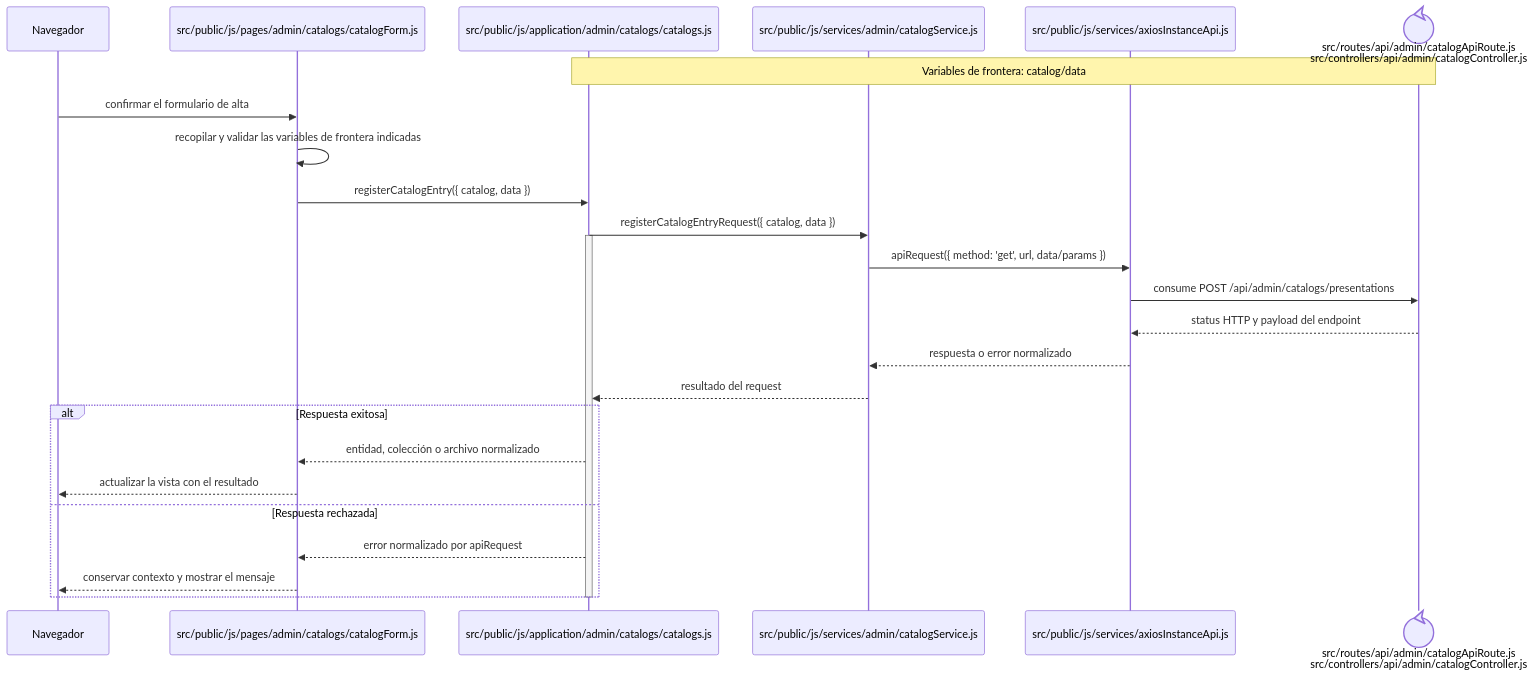
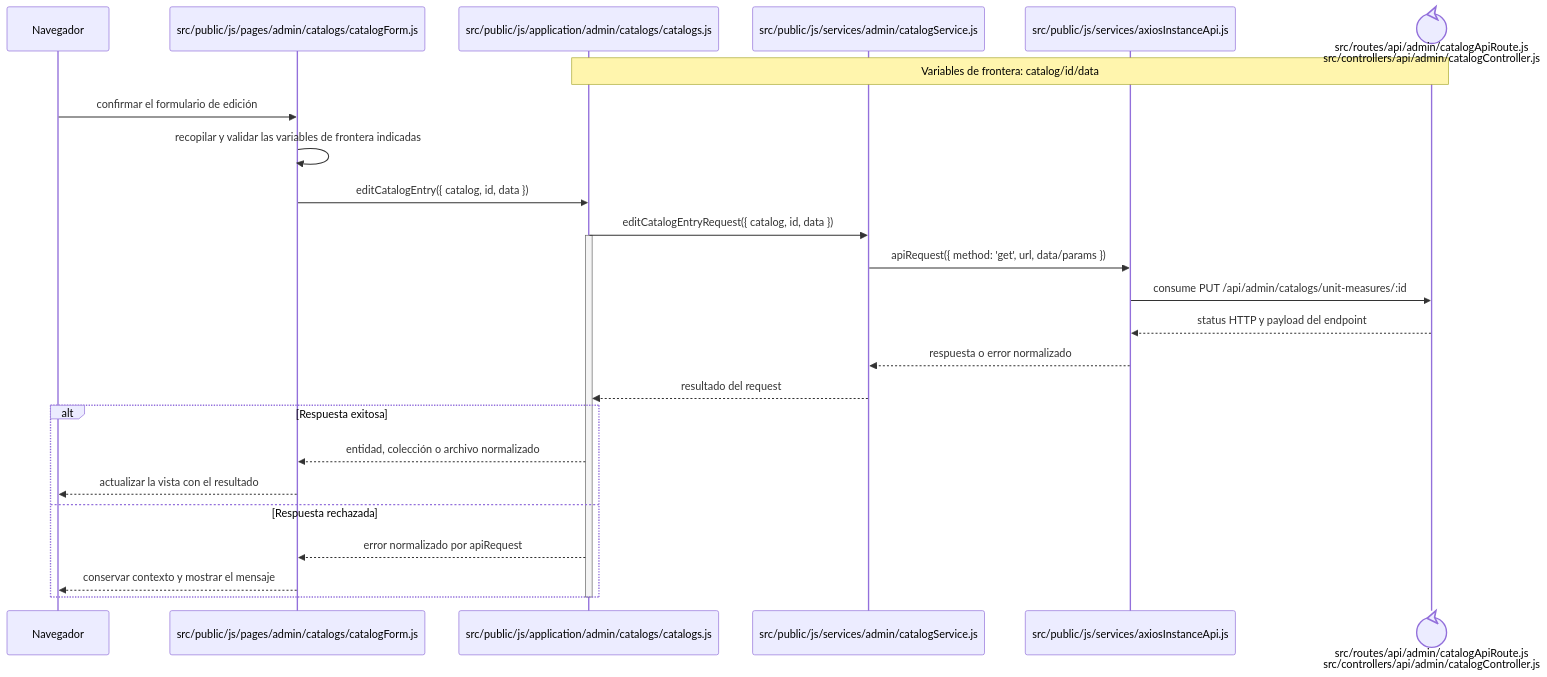
The diagram in docs/architecture/frontend-code-sequences/catalogs/cu-cat-38.md (gpgsistemas01/nexus), drawn with Mermaid before and after one commit. The commit also changed other lines of this file and 126 other files, not shown here.

````diff
--- a/docs/architecture/frontend-code-sequences/catalogs/cu-cat-38.md
+++ b/docs/architecture/frontend-code-sequences/catalogs/cu-cat-38.md
@@ -6,29 +6,29 @@
 ```mermaid
 sequenceDiagram
     participant Browser as Navegador
     participant View as src/public/js/pages/admin/catalogs/catalogForm.js
     participant Application as src/public/js/application/admin/catalogs/catalogs.js
     participant Request as src/public/js/services/admin/catalogService.js
     participant HTTP as src/public/js/services/axiosInstanceApi.js
     participant Transport@{ "type": "control" } as src/routes/api/admin/catalogApiRoute.js<br/>src/controllers/api/admin/catalogController.js
-    Note over Application,Transport: Variables de frontera: catalog/data
+    Note over Application,Transport: Variables de frontera: catalog/id/data
 
-    Browser->>View: confirmar el formulario de alta
+    Browser->>View: confirmar el formulario de edición
     View->>View: recopilar y validar las variables de frontera indicadas
-    View->>Application: registerCatalogEntry({ catalog, data })
-    Application->>Request: registerCatalogEntryRequest({ catalog, data })
+    View->>Application: editCatalogEntry({ catalog, id, data })
+    Application->>Request: editCatalogEntryRequest({ catalog, id, data })
     activate Application
     Request->>HTTP: apiRequest({ method: 'get', url, data/params })
-    HTTP->>Transport: consume POST /api/admin/catalogs/presentations
+    HTTP->>Transport: consume PUT /api/admin/catalogs/unit-measures/:id
     Transport-->>HTTP: status HTTP y payload del endpoint
     HTTP-->>Request: respuesta o error normalizado
     Request-->>Application: resultado del request
     alt Respuesta exitosa
         Application-->>View: entidad, colección o archivo normalizado
         View-->>Browser: actualizar la vista con el resultado
     else Respuesta rechazada
         Application-->>View: error normalizado por apiRequest
         View-->>Browser: conservar contexto y mostrar el mensaje
     end
     deactivate Application
 ```
````
